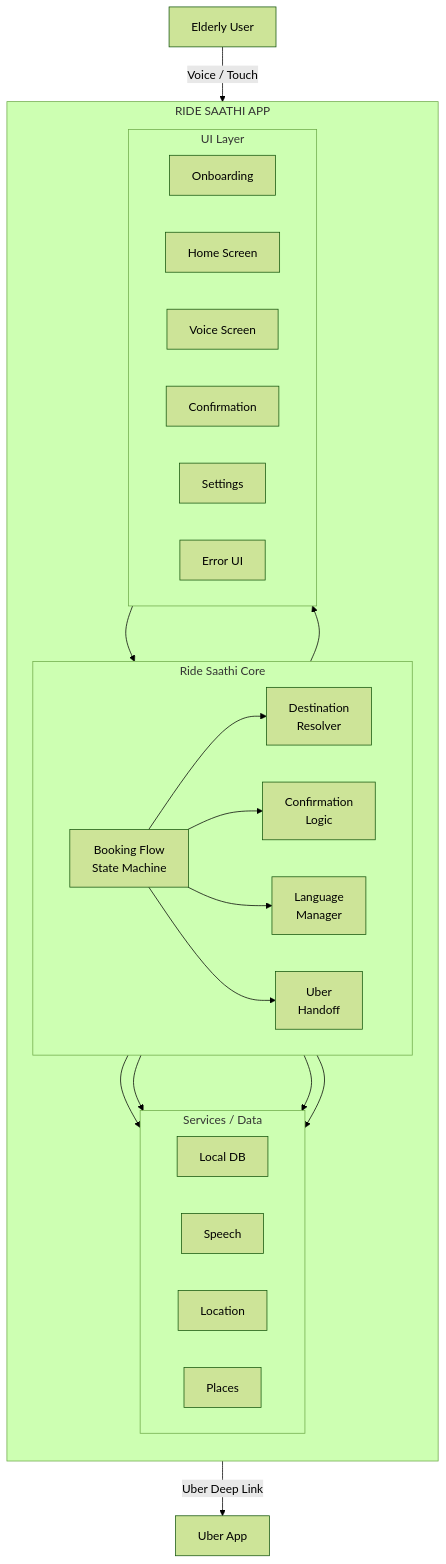
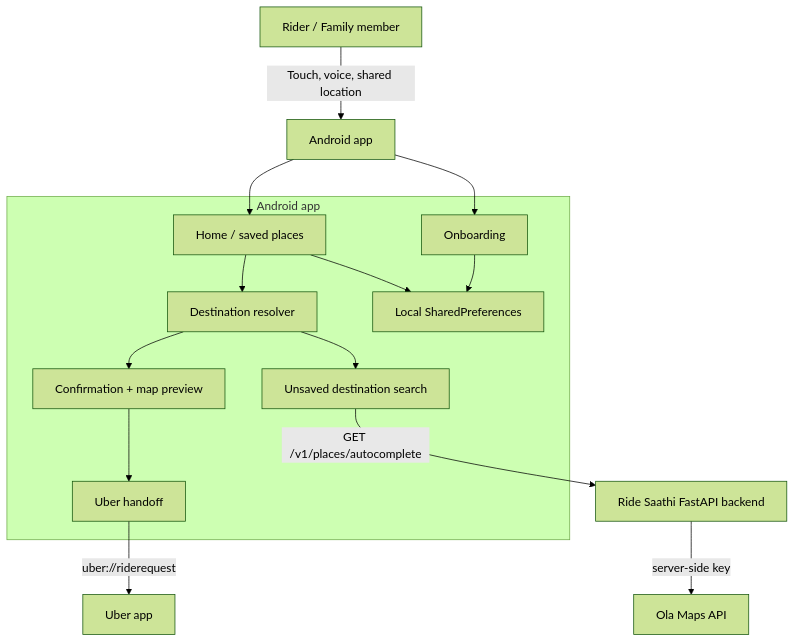
One commit to whyismeleige/ride-saathi changed the diagram in README.md. Above: the diagram before and after it, drawn with Mermaid (forest theme). The commit also changed other lines of this file and 3 other files, not shown here.

````diff
--- a/README.md
+++ b/README.md
@@ -52,54 +41,27 @@
 ```mermaid
 flowchart TD
+    user["Rider / Family member"] -->|"Touch, voice, shared location"| android["Android app"]
 
-    USER["Elderly User"]
-    USER -->|"Voice / Touch"| UI
-
-    subgraph APP["RIDE SAATHI APP"]
-
-        direction TB
-
-        subgraph UI["UI Layer"]
-            direction LR
-            ONBOARDING["Onboarding"]
-            HOME["Home Screen"]
-            VOICE_UI["Voice Screen"]
-            CONFIRM_UI["Confirmation"]
-            SETTINGS["Settings"]
-            ERROR_UI["Error UI"]
-        end
-
-        subgraph CORE["Ride Saathi Core"]
-            direction LR
-            STATE["Booking Flow<br/>State Machine"]
-            RESOLVER["Destination<br/>Resolver"]
-            CONFIRM["Confirmation<br/>Logic"]
-            LANGUAGE["Language<br/>Manager"]
-            HANDOFF["Uber<br/>Handoff"]
-        end
-
-        subgraph SERVICES["Services / Data"]
-            direction LR
-            DB["Local DB"]
-            SPEECH["Speech"]
-            LOCATION["Location"]
-            PLACES["Places"]
-        end
-
-        UI --> STATE
-
-        STATE --> RESOLVER
-        STATE --> CONFIRM
-        STATE --> LANGUAGE
-        STATE --> HANDOFF
-
-        LANGUAGE --> SPEECH
-        RESOLVER --> DB
-        RESOLVER --> LOCATION
-        RESOLVER --> PLACES
-        CONFIRM --> UI
-
+    subgraph mobile["Android app"]
+        onboarding["Onboarding"]
+        home["Home / saved places"]
+        resolver["Destination resolver"]
+        search["Unsaved destination search"]
+        confirm["Confirmation + map preview"]
+        handoff["Uber handoff"]
+        store["Local SharedPreferences"]
     end
 
-    HANDOFF -->|"Uber Deep Link"| UBER["Uber App"]
+    android --> onboarding
+    android --> home
+    home --> resolver
+    resolver --> confirm
+    resolver --> search
+    onboarding --> store
+    home --> store
+    confirm --> handoff
+
+    search -->|"GET /v1/places/autocomplete"| backend["Ride Saathi FastAPI backend"]
+    backend -->|"server-side key"| ola["Ola Maps API"]
+    handoff -->|"uber://riderequest"| uber["Uber app"]
 ```
````
